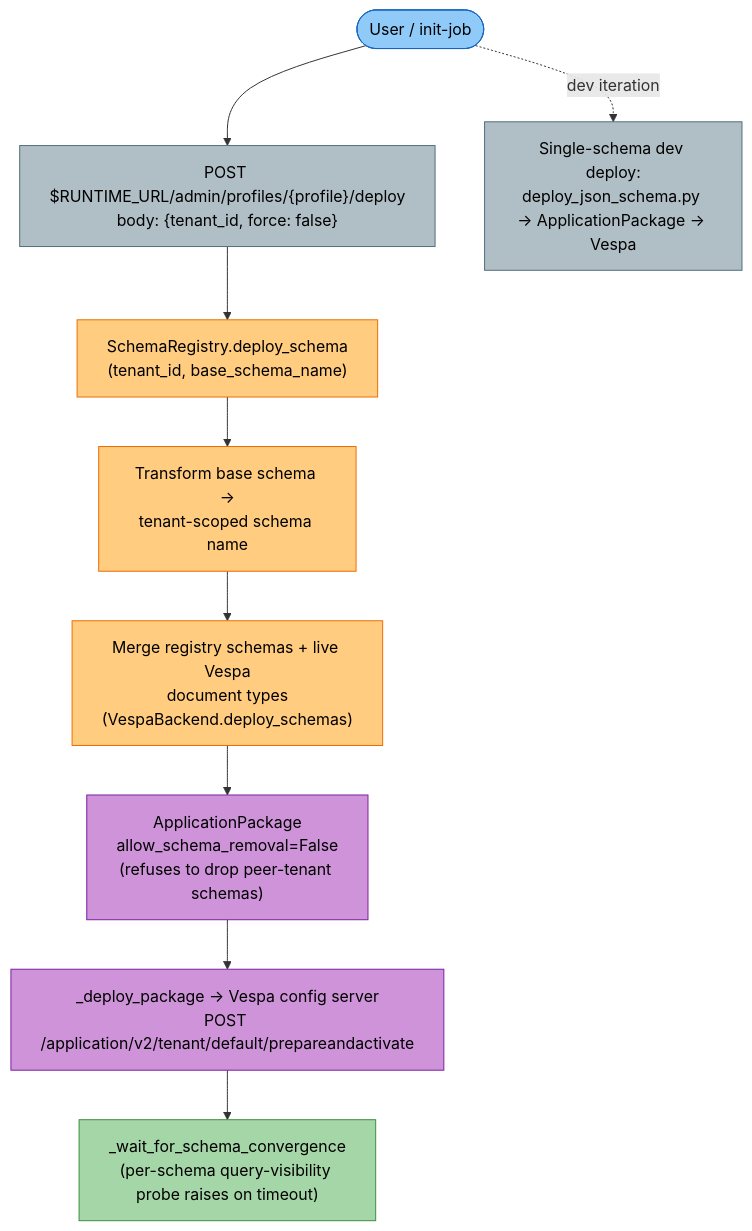
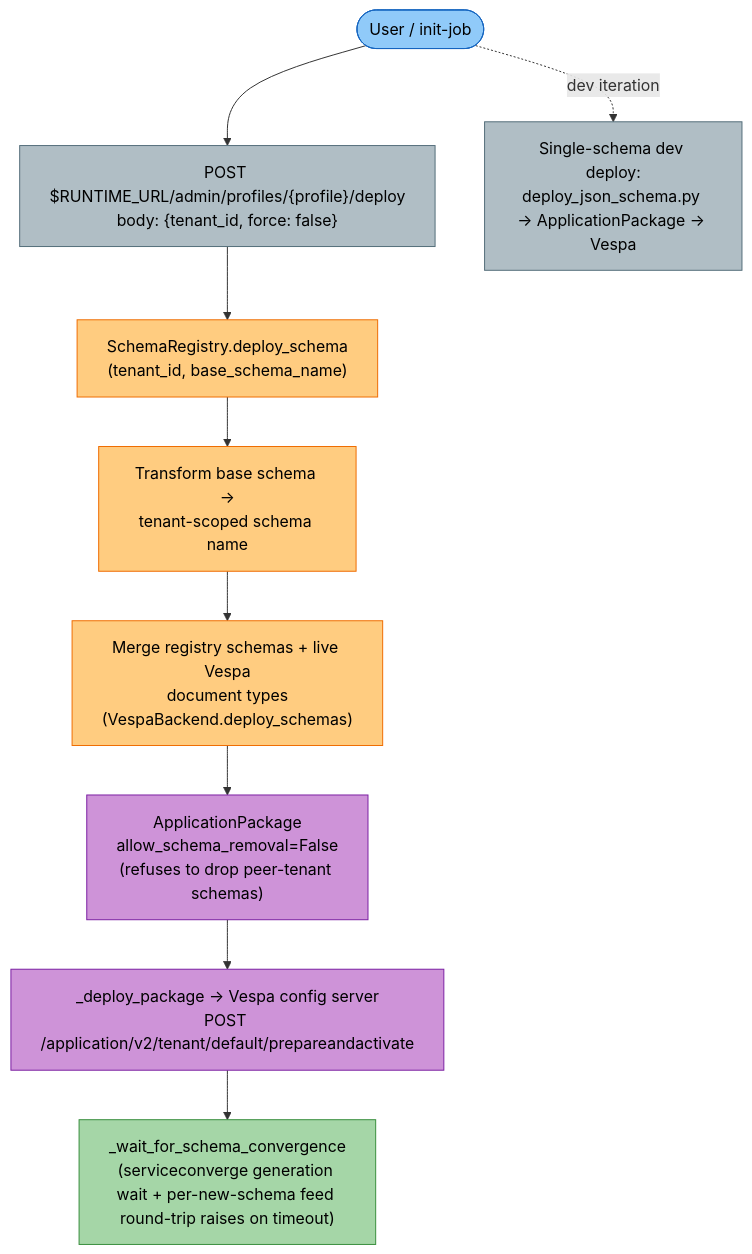
Before and after one commit to amit-jain/cogniverse: the sixth of 8 diagrams in docs/development/scripts-operations.md, drawn with Mermaid. The commit also changed 7 other files, not shown here.

````diff
--- a/docs/development/scripts-operations.md
+++ b/docs/development/scripts-operations.md
@@ -924,25 +924,25 @@
 ```mermaid
 flowchart TB
     Start(["<span style='color:#000'>User / init-job</span>"])
     Post["<span style='color:#000'>POST $RUNTIME_URL/admin/profiles/{profile}/deploy<br/>body: {tenant_id, force: false}</span>"]
     Deploy["<span style='color:#000'>SchemaRegistry.deploy_schema<br/>(tenant_id, base_schema_name)</span>"]
     Transform["<span style='color:#000'>Transform base schema →<br/>tenant-scoped schema name</span>"]
     Merge["<span style='color:#000'>Merge registry schemas + live Vespa<br/>document types<br/>(VespaBackend.deploy_schemas)</span>"]
     Package["<span style='color:#000'>ApplicationPackage<br/>allow_schema_removal=False<br/>(refuses to drop peer-tenant schemas)</span>"]
     VespaDeploy["<span style='color:#000'>_deploy_package → Vespa config server<br/>POST /application/v2/tenant/default/prepareandactivate</span>"]
-    Converge["<span style='color:#000'>_wait_for_schema_convergence<br/>(per-schema query-visibility probe; raises on timeout)</span>"]
+    Converge["<span style='color:#000'>_wait_for_schema_convergence<br/>(serviceconverge generation wait + per-new-schema feed round-trip; raises on timeout)</span>"]
     DevDeploy["<span style='color:#000'>Single-schema dev deploy:<br/>deploy_json_schema.py → ApplicationPackage → Vespa</span>"]
 
     Start --> Post --> Deploy --> Transform --> Merge --> Package --> VespaDeploy --> Converge
     Start -.->|dev iteration| DevDeploy
 
     style Start fill:#90caf9,stroke:#1565c0,color:#000
     style Post fill:#b0bec5,stroke:#546e7a,color:#000
     style Deploy fill:#ffcc80,stroke:#ef6c00,color:#000
     style Transform fill:#ffcc80,stroke:#ef6c00,color:#000
     style Merge fill:#ffcc80,stroke:#ef6c00,color:#000
     style Package fill:#ce93d8,stroke:#7b1fa2,color:#000
     style VespaDeploy fill:#ce93d8,stroke:#7b1fa2,color:#000
     style Converge fill:#a5d6a7,stroke:#388e3c,color:#000
     style DevDeploy fill:#b0bec5,stroke:#546e7a,color:#000
 ```
````
